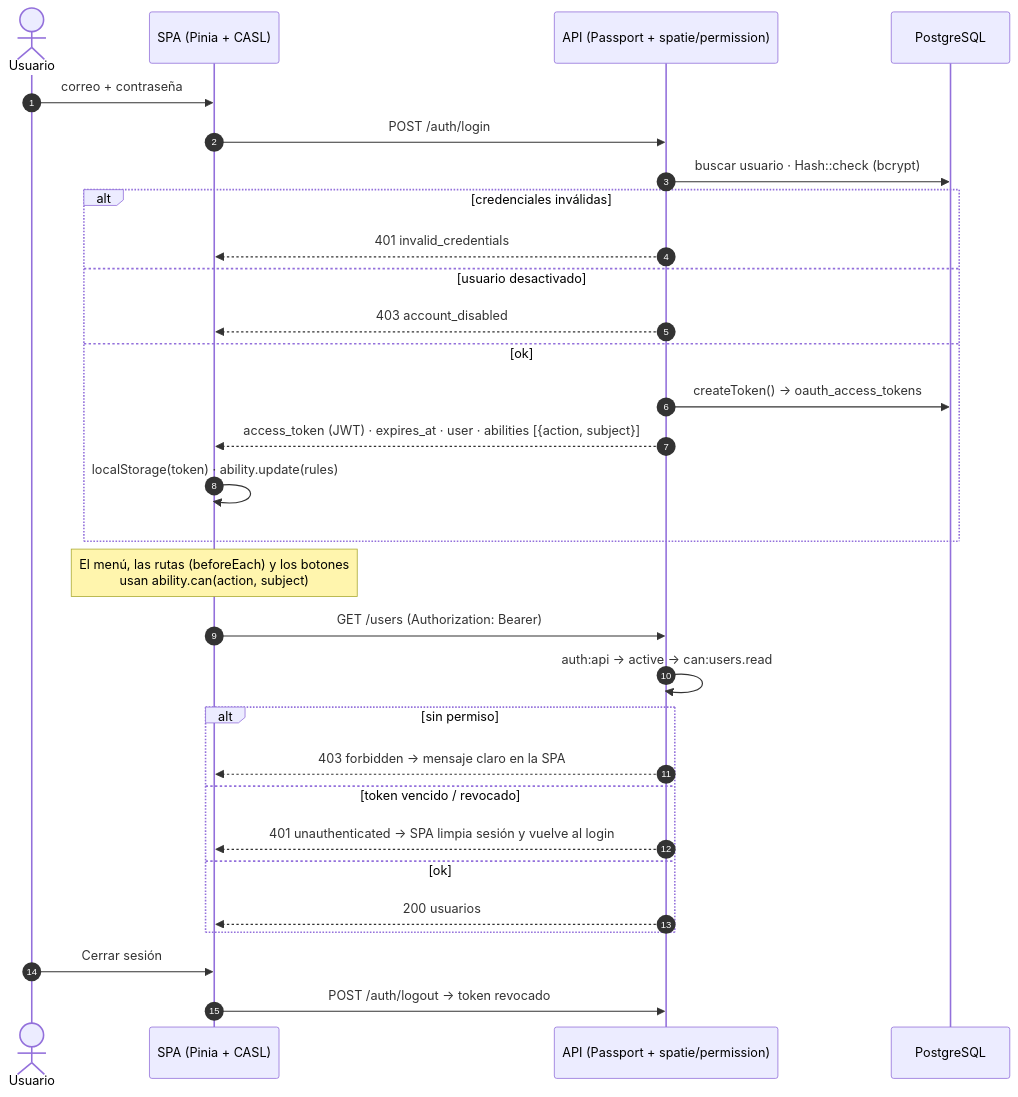
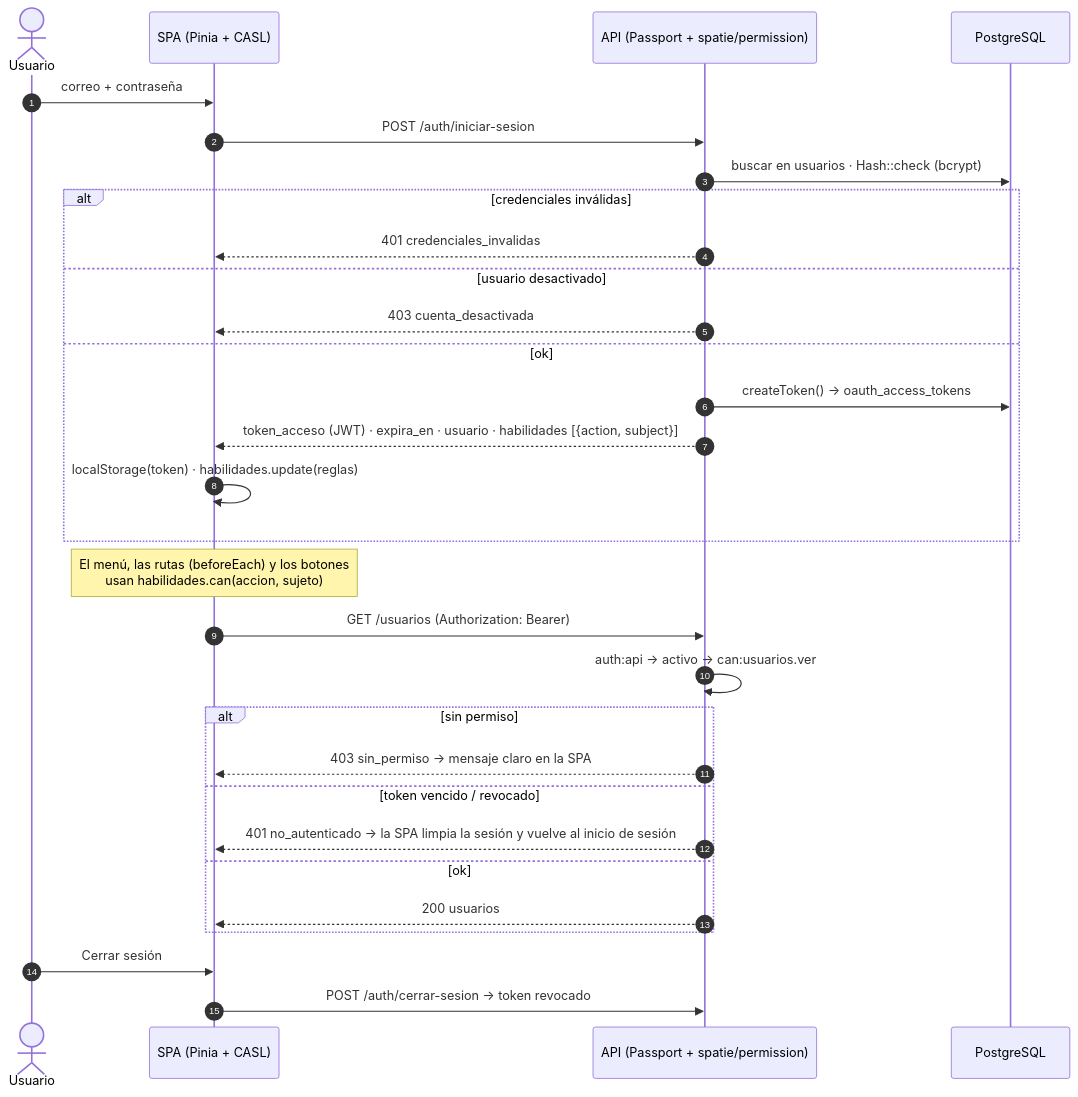
The diagram in docs/autenticacion-acl.mmd (omarojeda95/incarail-prueba-tecnica), drawn with Mermaid before and after one commit. The commit also changed 15 other files, not shown here.

Commit message:
docs: README y diagramas con nombres en español

```diff
--- a/docs/autenticacion-acl.mmd
+++ b/docs/autenticacion-acl.mmd
@@ -1,31 +1,31 @@
 sequenceDiagram
     autonumber
     actor U as Usuario
     participant S as SPA (Pinia + CASL)
     participant A as API (Passport + spatie/permission)
     participant DB as PostgreSQL
 
     U->>S: correo + contraseña
-    S->>A: POST /auth/login
-    A->>DB: buscar usuario · Hash::check (bcrypt)
+    S->>A: POST /auth/iniciar-sesion
+    A->>DB: buscar en usuarios · Hash::check (bcrypt)
     alt credenciales inválidas
-        A-->>S: 401 invalid_credentials
+        A-->>S: 401 credenciales_invalidas
     else usuario desactivado
-        A-->>S: 403 account_disabled
+        A-->>S: 403 cuenta_desactivada
     else ok
         A->>DB: createToken() → oauth_access_tokens
-        A-->>S: access_token (JWT) · expires_at · user · abilities [{action, subject}]
-        S->>S: localStorage(token) · ability.update(rules)
+        A-->>S: token_acceso (JWT) · expira_en · usuario · habilidades [{action, subject}]
+        S->>S: localStorage(token) · habilidades.update(reglas)
     end
-    Note over S: El menú, las rutas (beforeEach) y los botones<br/>usan ability.can(action, subject)
-    S->>A: GET /users (Authorization: Bearer)
-    A->>A: auth:api → active → can:users.read
+    Note over S: El menú, las rutas (beforeEach) y los botones<br/>usan habilidades.can(accion, sujeto)
+    S->>A: GET /usuarios (Authorization: Bearer)
+    A->>A: auth:api → activo → can:usuarios.ver
     alt sin permiso
-        A-->>S: 403 forbidden → mensaje claro en la SPA
+        A-->>S: 403 sin_permiso → mensaje claro en la SPA
     else token vencido / revocado
-        A-->>S: 401 unauthenticated → SPA limpia sesión y vuelve al login
+        A-->>S: 401 no_autenticado → la SPA limpia la sesión y vuelve al inicio de sesión
     else ok
         A-->>S: 200 usuarios
     end
     U->>S: Cerrar sesión
-    S->>A: POST /auth/logout → token revocado
+    S->>A: POST /auth/cerrar-sesion → token revocado
```
